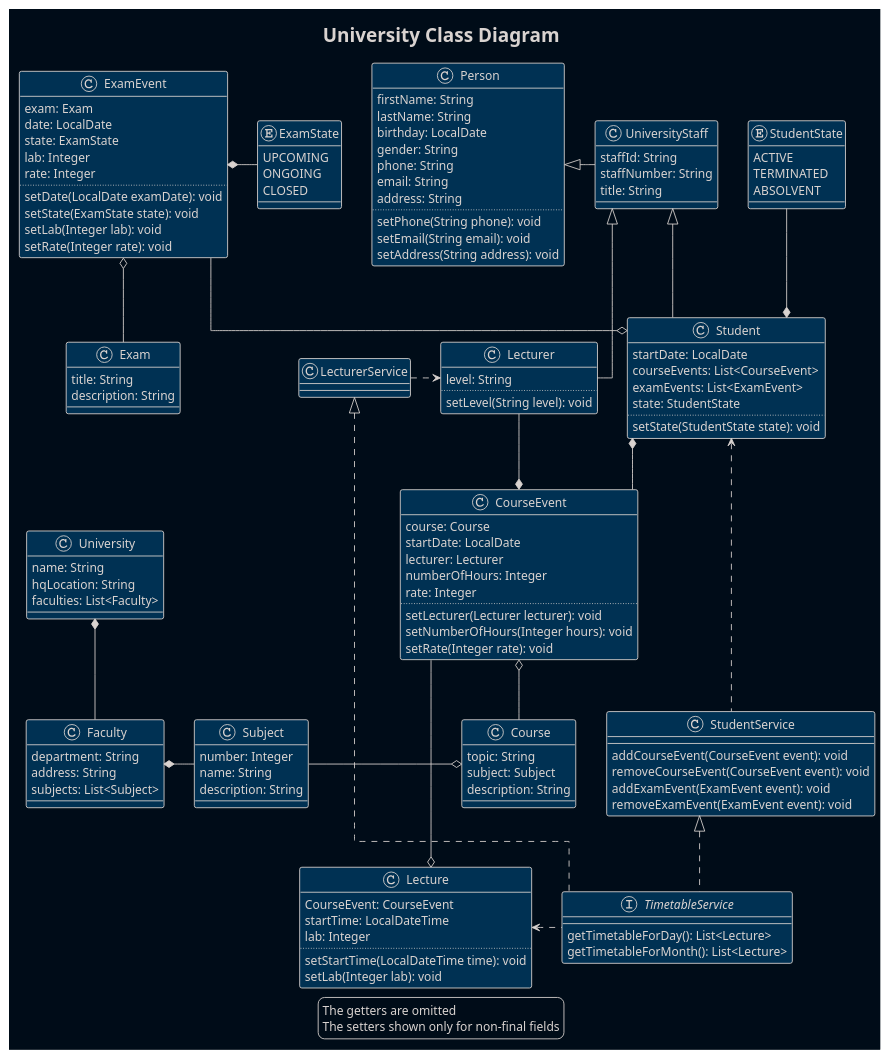
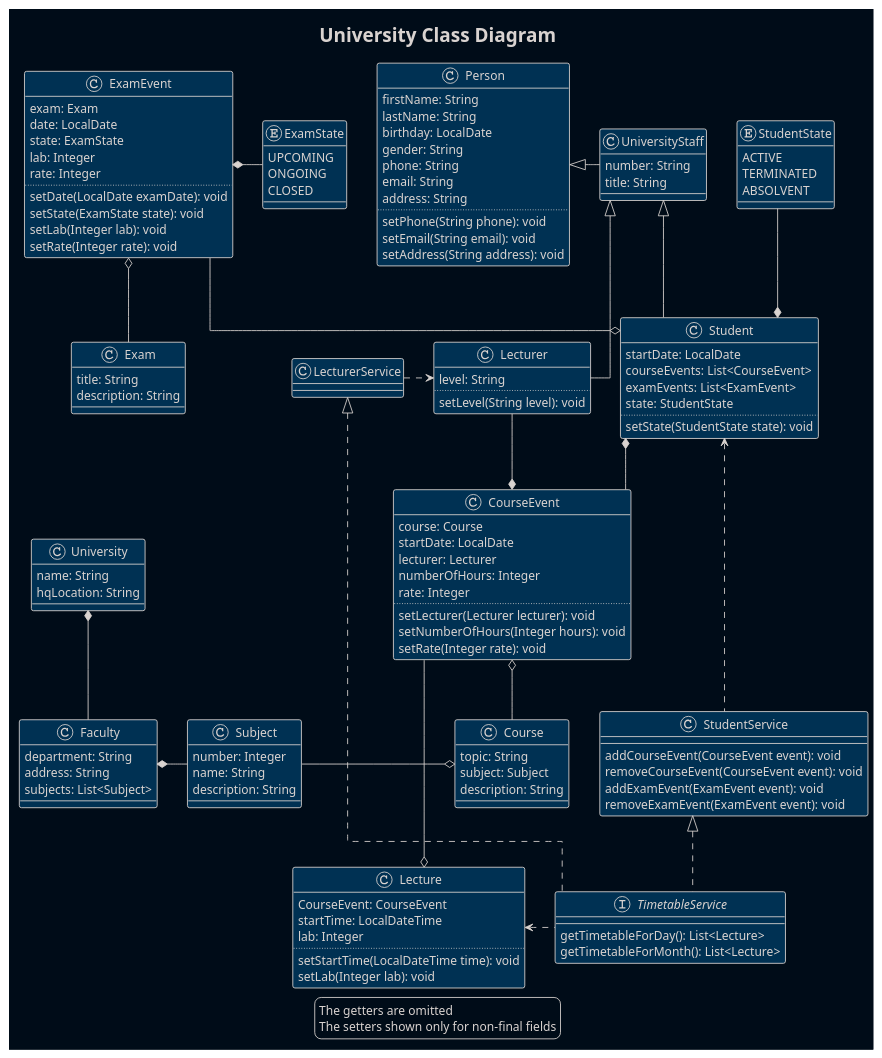
One commit to RomaEcho/University changed the diagram in src/main/resources/diagrams/University.puml. Above: the diagram before and after it, drawn with PlantUML. The commit also changed 1 other file, not shown here.

Commit message:
sql fixes id's, universities table: hq_loc field added, faculties[] removed, faculties table: got university fk, enum converted to CHECK constraint

```diff
--- a/src/main/resources/diagrams/University.puml
+++ b/src/main/resources/diagrams/University.puml
@@ -1,142 +1,140 @@
 @startuml
 '!theme plain
 !theme blueprint
 skinparam BackgroundColor #000c18
 'skinparam ClassBackgroundColor #000c18
 skinparam linetype ortho
 
 title University Class Diagram
 class Person{
     firstName: String
     lastName: String
     birthday: LocalDate
     gender: String
     phone: String
     email: String
     address: String
     ..
     setPhone(String phone): void
     setEmail(String email): void
     setAddress(String address): void
 }
 class Student{
     startDate: LocalDate
     courseEvents: List<CourseEvent>
     examEvents: List<ExamEvent>
     state: StudentState
     ..
     setState(StudentState state): void
 }
 enum StudentState{
     ACTIVE
     TERMINATED
     ABSOLVENT
 }
 class UniversityStaff{
-    staffId: String
-    staffNumber: String
+    number: String
     title: String
 }
 class Subject{
     number: Integer
     name: String
     description: String
 }
 class Course{
     topic: String
     subject: Subject
     description: String
 }
 class CourseEvent{
     course: Course
     startDate: LocalDate
     lecturer: Lecturer
     numberOfHours: Integer
     rate: Integer
     ..
     setLecturer(Lecturer lecturer): void
     setNumberOfHours(Integer hours): void
     setRate(Integer rate): void
 }
 class Lecturer{
     level: String
     ..
     setLevel(String level): void
 }
 class Exam{
     title: String
     description: String
 }
 class ExamEvent{
     exam: Exam
     date: LocalDate
     state: ExamState
     lab: Integer
     rate: Integer
     ..
     setDate(LocalDate examDate): void
     setState(ExamState state): void
     setLab(Integer lab): void
     setRate(Integer rate): void
 }
 enum ExamState{
     UPCOMING
     ONGOING
     CLOSED
 }
 class Faculty{
     department: String
     address: String
     subjects: List<Subject>
 }
 class University {
     name: String
     hqLocation: String
-    faculties: List<Faculty>
 }
 class Lecture{
     CourseEvent: CourseEvent
     startTime: LocalDateTime
     lab: Integer
     ..
     setStartTime(LocalDateTime time): void
     setLab(Integer lab): void
 }
 interface TimetableService{
     getTimetableForDay(): List<Lecture>
     getTimetableForMonth(): List<Lecture>
 }
 class StudentService {
     addCourseEvent(CourseEvent event): void
     removeCourseEvent(CourseEvent event): void
     addExamEvent(ExamEvent event): void
     removeExamEvent(ExamEvent event): void
 }
 class LecturerService
 
 Person <|-right- UniversityStaff
 UniversityStaff <|-- Student
 UniversityStaff <|-- Lecturer
 Student *-up- StudentState
 Student *-- CourseEvent
 CourseEvent *-up- Lecturer
 Student o-up- ExamEvent
 ExamEvent o-- Exam
 ExamEvent *-right- ExamState
 CourseEvent o-- Course
 Course o-left- Subject
 Faculty *- Subject
 University *-- Faculty
 Student <... StudentService
 StudentService <|.. TimetableService
 LecturerService <|.. TimetableService
 LecturerService .> Lecturer
 TimetableService .left.> Lecture
 CourseEvent --o Lecture
 
 legend
     The getters are omitted
     The setters shown only for non-final fields
 endlegend
 
 @enduml
```
